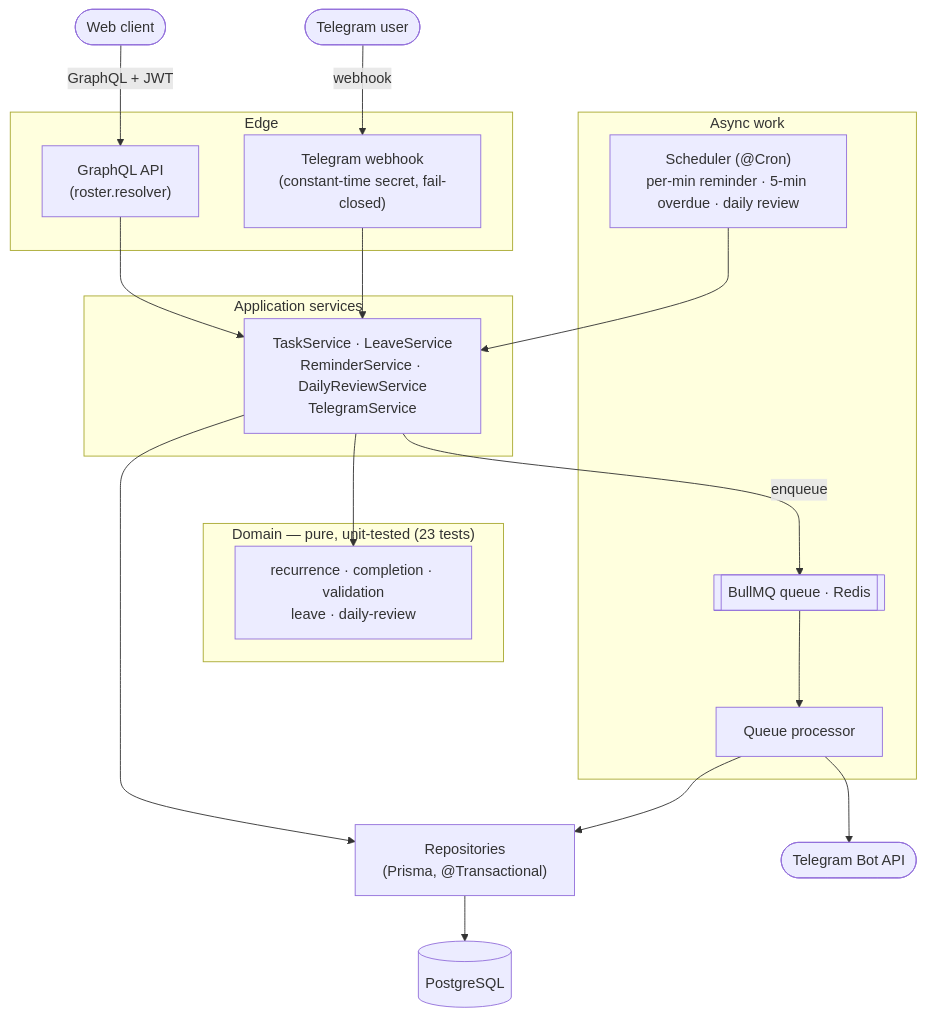
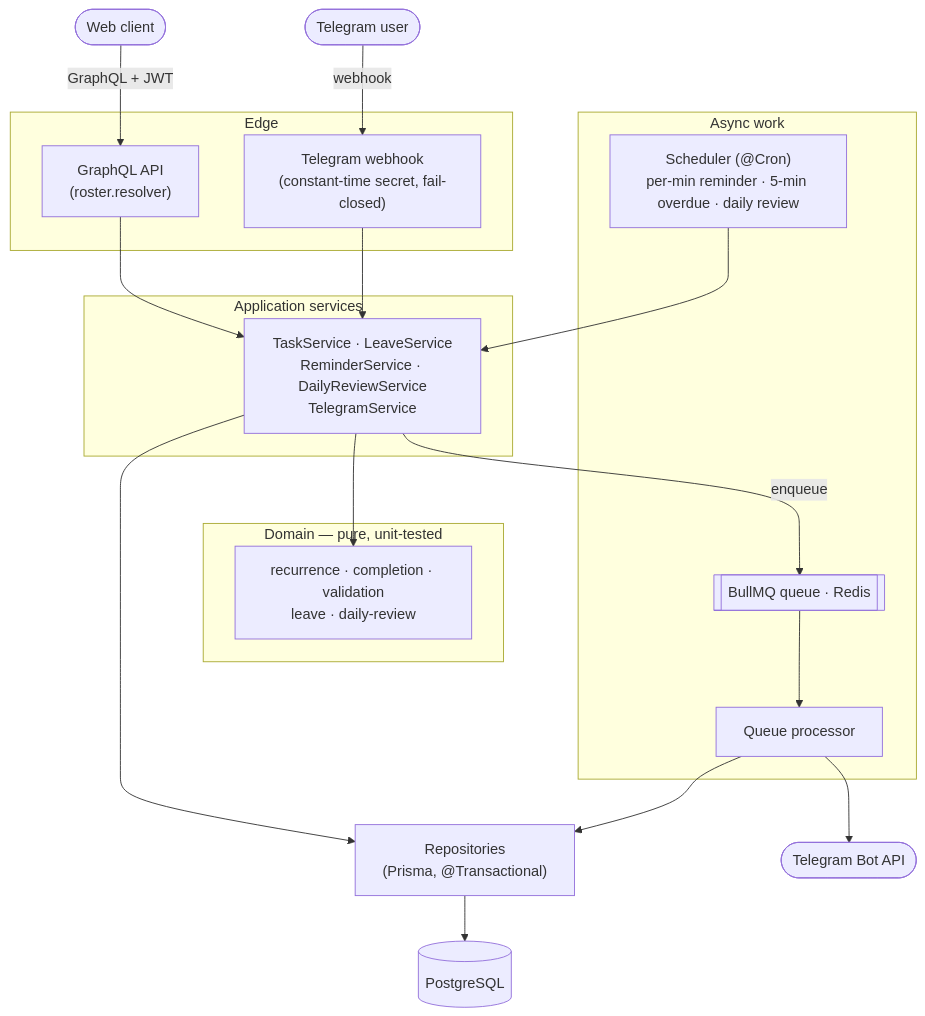
One commit to kiresakura/roster-server changed the diagram in README.md. Above: the diagram before and after it, drawn with Mermaid. The commit also changed other lines of this file and 2 other files, not shown here.

````diff
--- a/README.md
+++ b/README.md
@@ -47,39 +54,39 @@
 ```mermaid
 flowchart TB
   client(["Web client"])
   tguser(["Telegram user"])
 
   subgraph edge["Edge"]
     api["GraphQL API<br/>(roster.resolver)"]
     wh["Telegram webhook<br/>(constant-time secret, fail-closed)"]
   end
 
   subgraph services["Application services"]
     svc["TaskService · LeaveService<br/>ReminderService · DailyReviewService<br/>TelegramService"]
   end
 
-  subgraph domain["Domain — pure, unit-tested (23 tests)"]
+  subgraph domain["Domain — pure, unit-tested"]
     dom["recurrence · completion · validation<br/>leave · daily-review"]
   end
 
   repos["Repositories<br/>(Prisma, @Transactional)"]
   pg[("PostgreSQL")]
 
   subgraph async["Async work"]
     sched["Scheduler (@Cron)<br/>per-min reminder · 5-min overdue · daily review"]
     queue[["BullMQ queue · Redis"]]
     proc["Queue processor"]
   end
 
   tgapi(["Telegram Bot API"])
 
   client -->|"GraphQL + JWT"| api
   tguser -->|"webhook"| wh
   api --> svc
   wh --> svc
   svc --> dom
   svc --> repos --> pg
   sched --> svc
   svc -->|"enqueue"| queue --> proc --> tgapi
   proc --> repos
 ```
````
